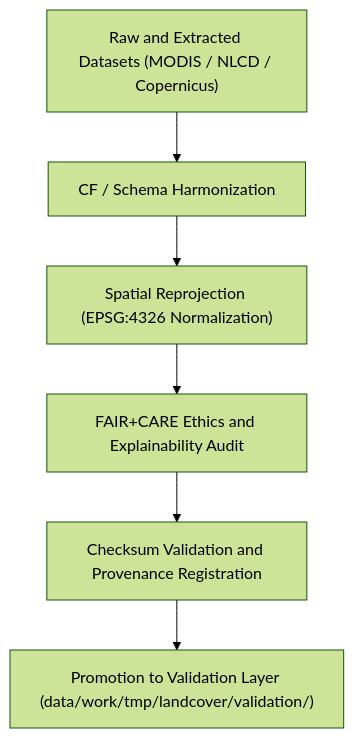
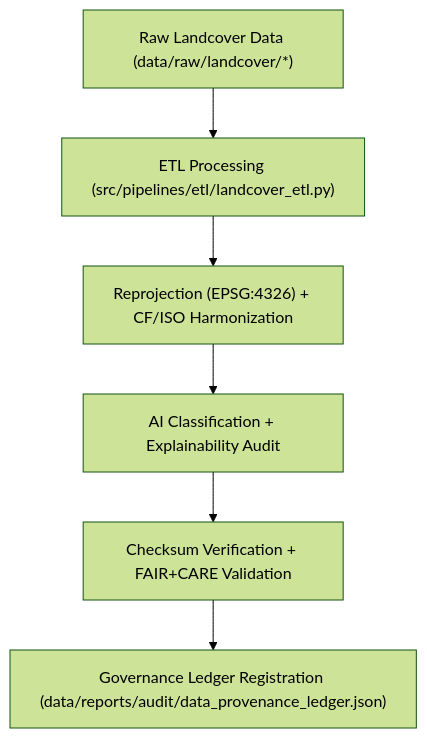
One commit to bartytime4life/Kansas-Frontier-Matrix changed the diagram in data/work/tmp/landcover/transforms/README.md. Above: the diagram before and after it, drawn with Mermaid (forest theme). The commit also changed other lines of this file, not shown here.

Commit message:
Update README for Landcover TMP Transformations v9.6.0

````diff
--- a/data/work/tmp/landcover/transforms/README.md
+++ b/data/work/tmp/landcover/transforms/README.md
@@ -69,8 +65,8 @@
 ```mermaid
 flowchart TD
-    A["Raw and Extracted Datasets (MODIS / NLCD / Copernicus)"] --> B["CF / Schema Harmonization"]
-    B --> C["Spatial Reprojection (EPSG:4326 Normalization)"]
-    C --> D["FAIR+CARE Ethics and Explainability Audit"]
-    D --> E["Checksum Validation and Provenance Registration"]
-    E --> F["Promotion to Validation Layer (data/work/tmp/landcover/validation/)"]
+    A["Raw Landcover Data (data/raw/landcover/*)"] --> B["ETL Processing (src/pipelines/etl/landcover_etl.py)"]
+    B --> C["Reprojection (EPSG:4326) + CF/ISO Harmonization"]
+    C --> D["AI Classification + Explainability Audit"]
+    D --> E["Checksum Verification + FAIR+CARE Validation"]
+    E --> F["Governance Ledger Registration (data/reports/audit/data_provenance_ledger.json)"]
 ```
````
